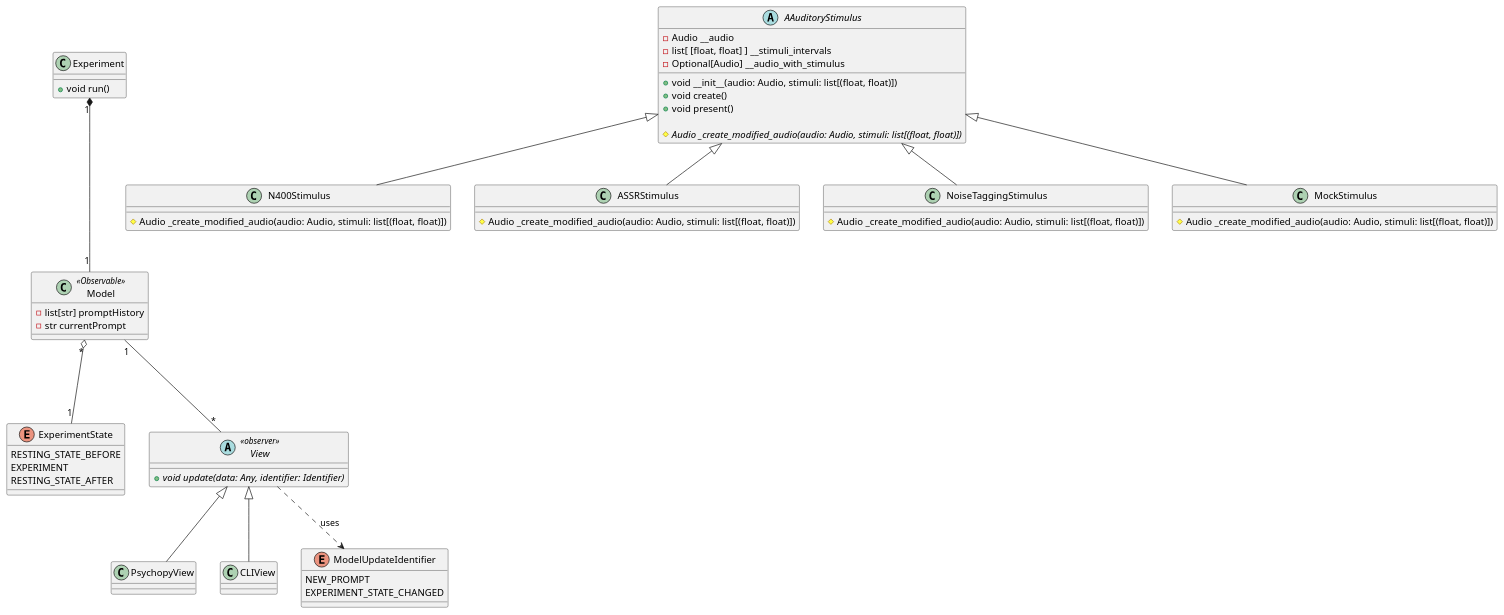
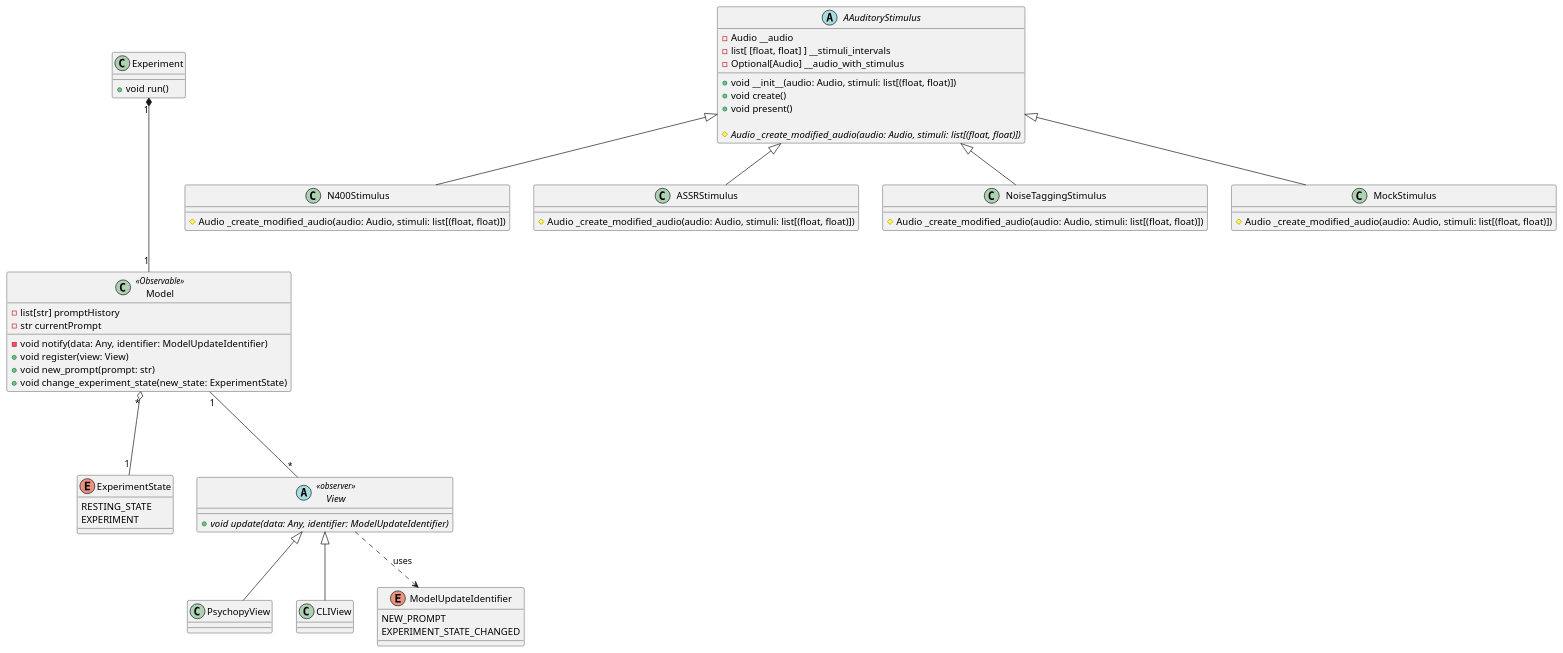
Before and after one commit to michalrzak/auditory-intention-decoding: the diagram in diagrams/plantuml/class_diagram.pu, drawn with PlantUML.

Commit message:
updated class diagram

```diff
--- a/diagrams/plantuml/class_diagram.pu
+++ b/diagrams/plantuml/class_diagram.pu
@@ -1,78 +1,82 @@
 @startuml
 
 class Experiment {
     + void run()
 }
 
 class Model <<Observable>>{
     -list[str] promptHistory
     -str currentPrompt
+
+    -void notify(data: Any, identifier: ModelUpdateIdentifier)
+    +void register(view: View)
+    +void new_prompt(prompt: str)
+    +void change_experiment_state(new_state: ExperimentState)
 }
 
 enum ExperimentState {
-    RESTING_STATE_BEFORE
+    RESTING_STATE
     EXPERIMENT
-    RESTING_STATE_AFTER
 }
 
 abstract class View<<observer>> {
-    +void {abstract} update(data: Any, identifier: Identifier)
+    +void {abstract} update(data: Any, identifier: ModelUpdateIdentifier)
 }
 
 class PsychopyView {
 }
 
 class CLIView {
 }
 
 enum ModelUpdateIdentifier {
     NEW_PROMPT
     EXPERIMENT_STATE_CHANGED
 }
 
 abstract class AAuditoryStimulus {
   -Audio __audio
   -list[ [float, float] ] __stimuli_intervals
   -Optional[Audio] __audio_with_stimulus
 
   +void __init__(audio: Audio, stimuli: list[(float, float)])
   +void create()
   +void present()
 
   #Audio {abstract} _create_modified_audio(audio: Audio, stimuli: list[(float, float)])
 
 }
 
 
 class N400Stimulus {
   #Audio _create_modified_audio(audio: Audio, stimuli: list[(float, float)])
 }
 
 class ASSRStimulus {
   #Audio _create_modified_audio(audio: Audio, stimuli: list[(float, float)])
 }
 
 class NoiseTaggingStimulus {
   #Audio _create_modified_audio(audio: Audio, stimuli: list[(float, float)])
 }
 
 
 class MockStimulus {
   #Audio _create_modified_audio(audio: Audio, stimuli: list[(float, float)])
 }
 
 AAuditoryStimulus <|-- N400Stimulus
 AAuditoryStimulus <|-- ASSRStimulus
 AAuditoryStimulus <|-- NoiseTaggingStimulus
 AAuditoryStimulus <|-- MockStimulus
 
 View <|-- PsychopyView
 View <|-- CLIView
 
 View ..> ModelUpdateIdentifier: "uses"
 
 Model "*" o--- "1" ExperimentState
 Experiment "1" *--- "1" Model
 
 Model "1" --- "*" View
 @enduml
```
